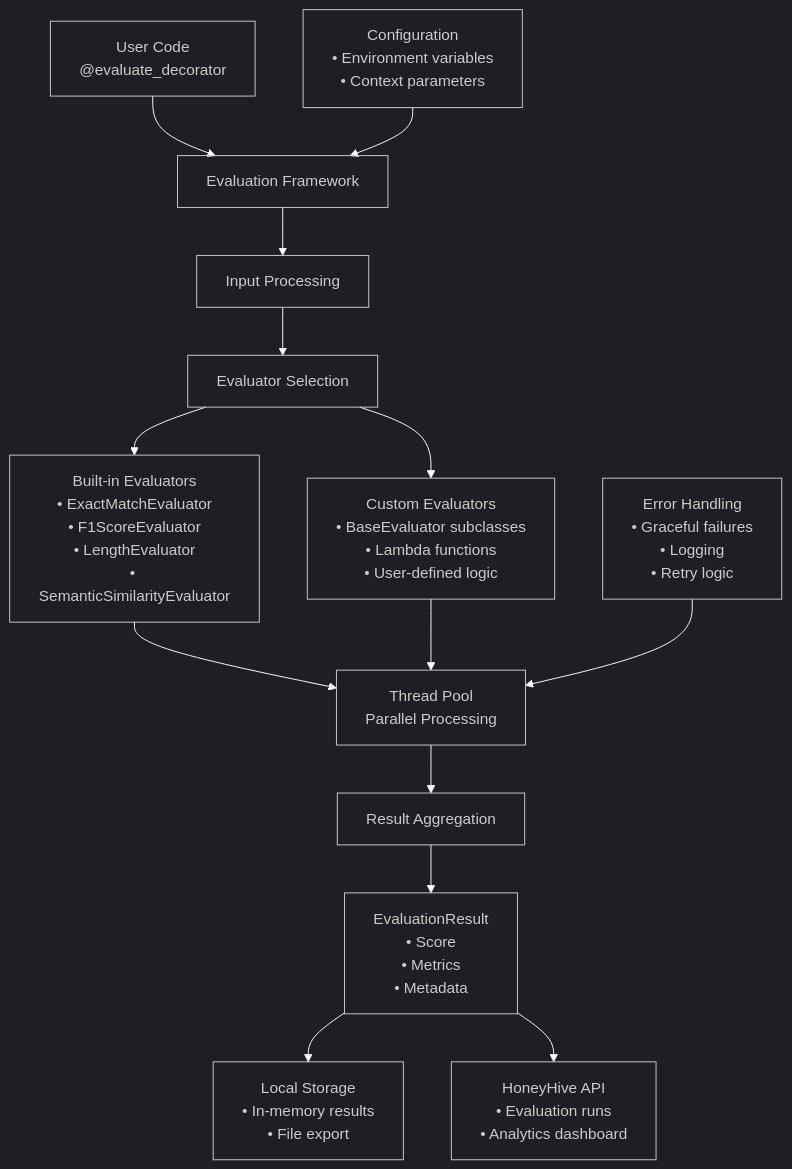
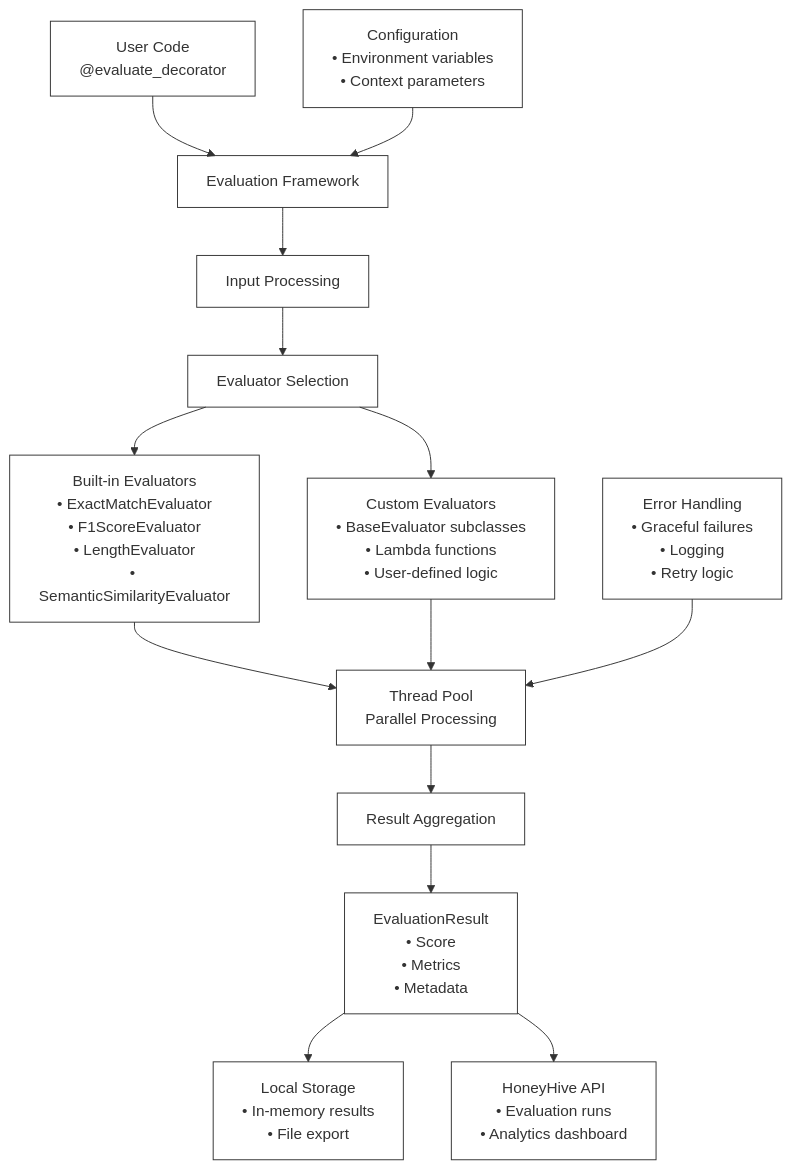
Before and after one commit to honeyhiveai/python-sdk: the diagram in docs/evaluation/index.rst, drawn with Mermaid. The commit also changed 4 other files, not shown here.

Commit message:
chore: update the mermaid standard to support both light and dark modes

```diff
--- a/docs/evaluation/index.rst
+++ b/docs/evaluation/index.rst
@@ -23,23 +23,23 @@
 .. mermaid::
 
-   %%{init: {'theme':'dark', 'themeVariables': {'darkMode': true, 'primaryColor': '#ffffff', 'primaryTextColor': '#ffffff', 'primaryBorderColor': '#ffffff', 'lineColor': '#ffffff', 'edgeLabelBackground': 'transparent', 'clusterBkg': 'transparent', 'clusterBorder': '#ffffff', 'mainBkg': 'transparent', 'secondBkg': 'transparent', 'tertiaryColor': 'transparent'}, 'flowchart': {'linkColor': '#ffffff', 'linkWidth': 4}}}%%
+   %%{init: {'theme':'base', 'themeVariables': {'primaryColor': '#4F81BD', 'primaryTextColor': '#333333', 'primaryBorderColor': '#333333', 'lineColor': '#333333', 'mainBkg': 'transparent', 'secondBkg': 'transparent', 'tertiaryColor': 'transparent', 'clusterBkg': 'transparent', 'clusterBorder': '#333333', 'edgeLabelBackground': 'transparent', 'background': 'transparent'}, 'flowchart': {'linkColor': '#333333', 'linkWidth': 2}}}%%
    graph TD
        A["User Code<br/>@evaluate_decorator"] --> B["Evaluation Framework"]
        B --> C["Input Processing"]
        C --> D["Evaluator Selection"]
        
        D --> E1["Built-in Evaluators<br/>• ExactMatchEvaluator<br/>• F1ScoreEvaluator<br/>• LengthEvaluator<br/>• SemanticSimilarityEvaluator"]
        D --> E2["Custom Evaluators<br/>• BaseEvaluator subclasses<br/>• Lambda functions<br/>• User-defined logic"]
        
        E1 --> F["Thread Pool<br/>Parallel Processing"]
        E2 --> F
        
        F --> G["Result Aggregation"]
        G --> H["EvaluationResult<br/>• Score<br/>• Metrics<br/>• Metadata"]
        
        H --> I1["Local Storage<br/>• In-memory results<br/>• File export"]
        H --> I2["HoneyHive API<br/>• Evaluation runs<br/>• Analytics dashboard"]
        
        J["Configuration<br/>• Environment variables<br/>• Context parameters"] --> B
        
        K["Error Handling<br/>• Graceful failures<br/>• Logging<br/>• Retry logic"] --> F
```
